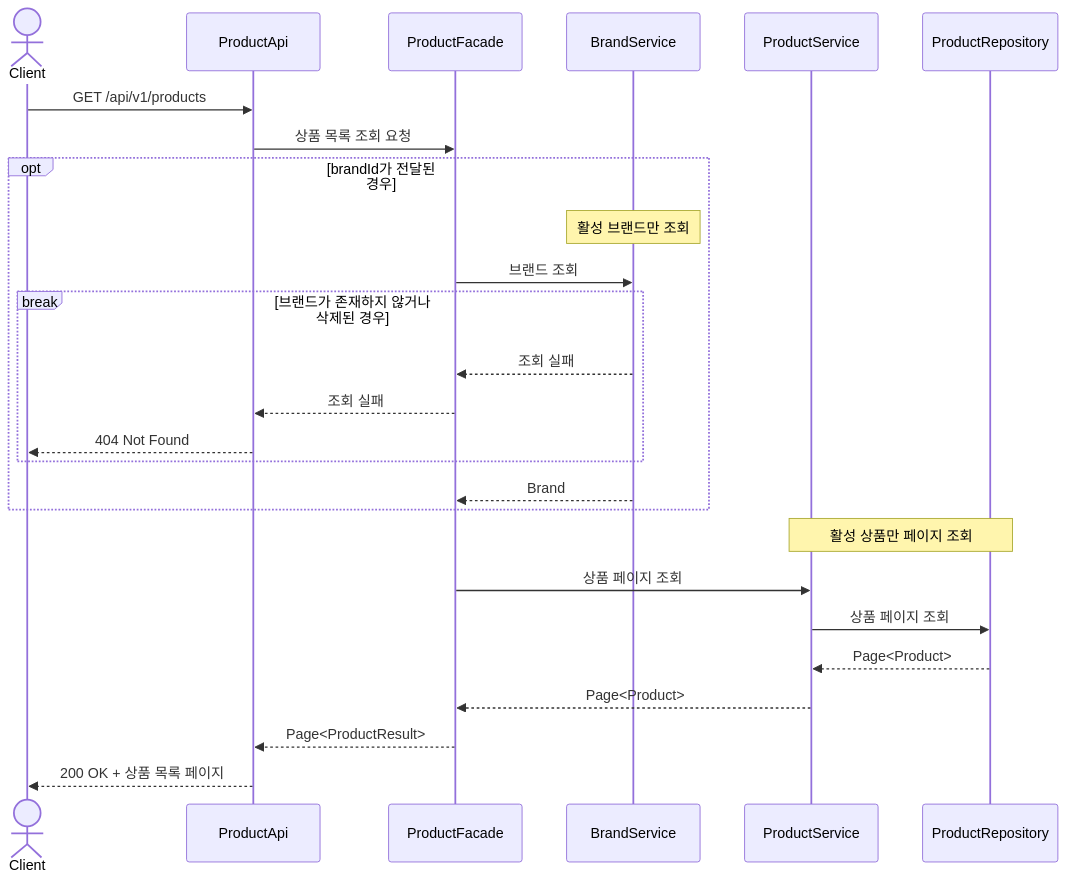
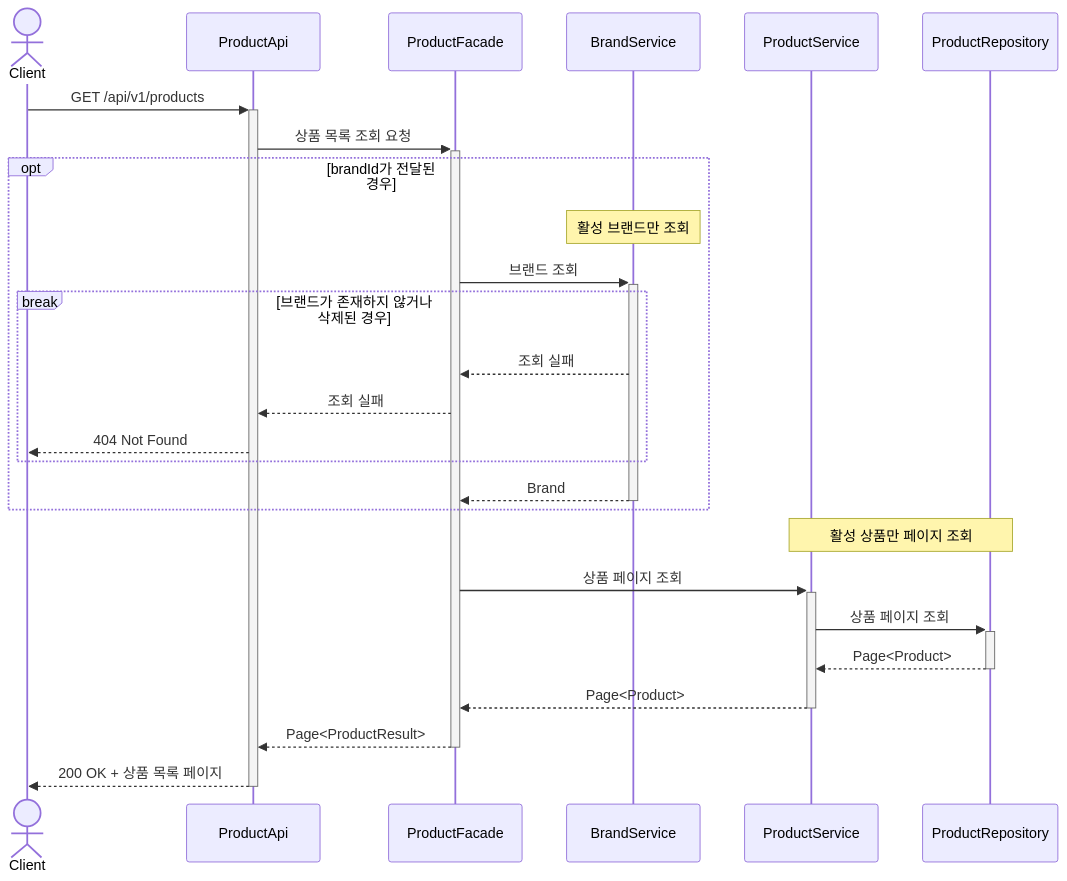
One commit to Loopers-dev-lab/loop-pack-be-l2-vol3-java changed diagram 14 of 23 in .docs/design/02-sequence-diagrams.md. Above: the diagram before and after it, drawn with Mermaid. The commit also changed other lines of this file, not shown here.

Commit message:
docs: 시퀀스 다이어그램에 액티베이션바 추가

````diff
--- a/.docs/design/02-sequence-diagrams.md
+++ b/.docs/design/02-sequence-diagrams.md
@@ -489,33 +493,33 @@
 ```mermaid
 sequenceDiagram
     actor Client
     participant ProductApi
     participant ProductFacade
     participant BrandService
     participant ProductService
     participant ProductRepository
 
-    Client ->> ProductApi: GET /api/v1/products
-    ProductApi ->> ProductFacade: 상품 목록 조회 요청
+    Client ->>+ ProductApi: GET /api/v1/products
+    ProductApi ->>+ ProductFacade: 상품 목록 조회 요청
 
     opt brandId가 전달된 경우
         Note over BrandService: 활성 브랜드만 조회
-        ProductFacade ->> BrandService: 브랜드 조회
+        ProductFacade ->>+ BrandService: 브랜드 조회
 
         break 브랜드가 존재하지 않거나 삭제된 경우
             BrandService -->> ProductFacade: 조회 실패
             ProductFacade -->> ProductApi: 조회 실패
             ProductApi -->> Client: 404 Not Found
         end
 
-        BrandService -->> ProductFacade: Brand
+        BrandService -->>- ProductFacade: Brand
     end
 
     Note over ProductService, ProductRepository: 활성 상품만 페이지 조회
-    ProductFacade ->> ProductService: 상품 페이지 조회
-    ProductService ->> ProductRepository: 상품 페이지 조회
-    ProductRepository -->> ProductService: Page<Product>
-    ProductService -->> ProductFacade: Page<Product>
-    ProductFacade -->> ProductApi: Page<ProductResult>
-    ProductApi -->> Client: 200 OK + 상품 목록 페이지
+    ProductFacade ->>+ ProductService: 상품 페이지 조회
+    ProductService ->>+ ProductRepository: 상품 페이지 조회
+    ProductRepository -->>- ProductService: Page<Product>
+    ProductService -->>- ProductFacade: Page<Product>
+    ProductFacade -->>- ProductApi: Page<ProductResult>
+    ProductApi -->>- Client: 200 OK + 상품 목록 페이지
 ```
````
